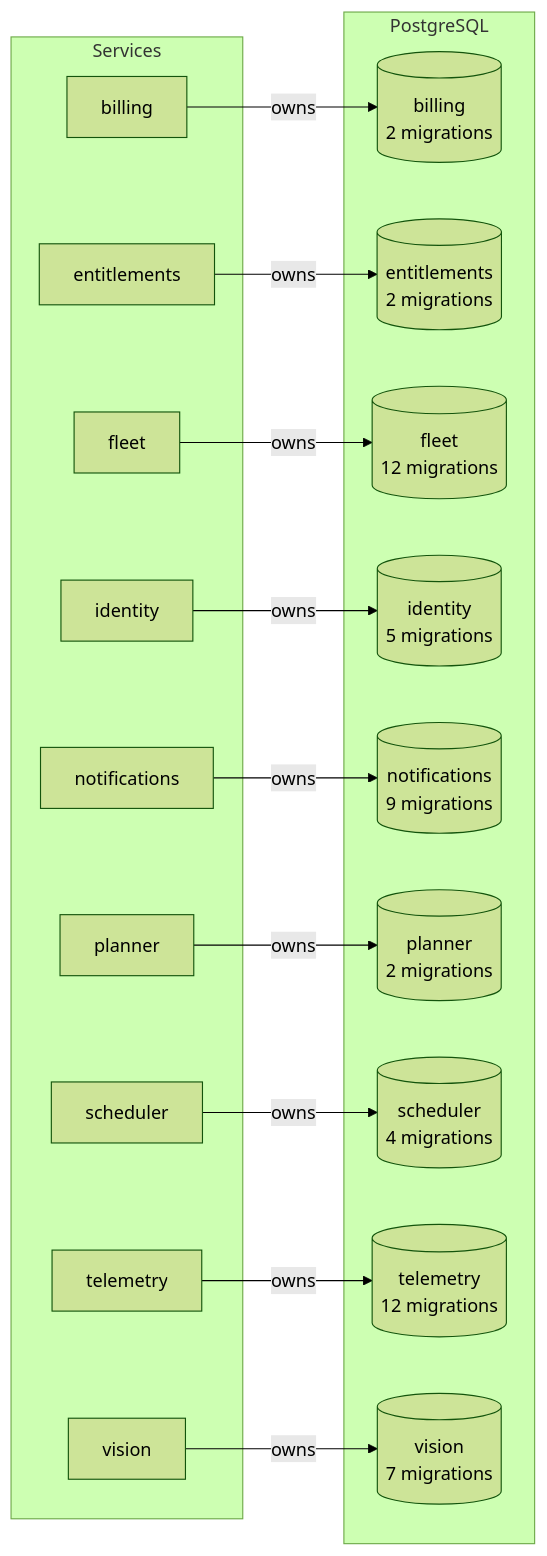
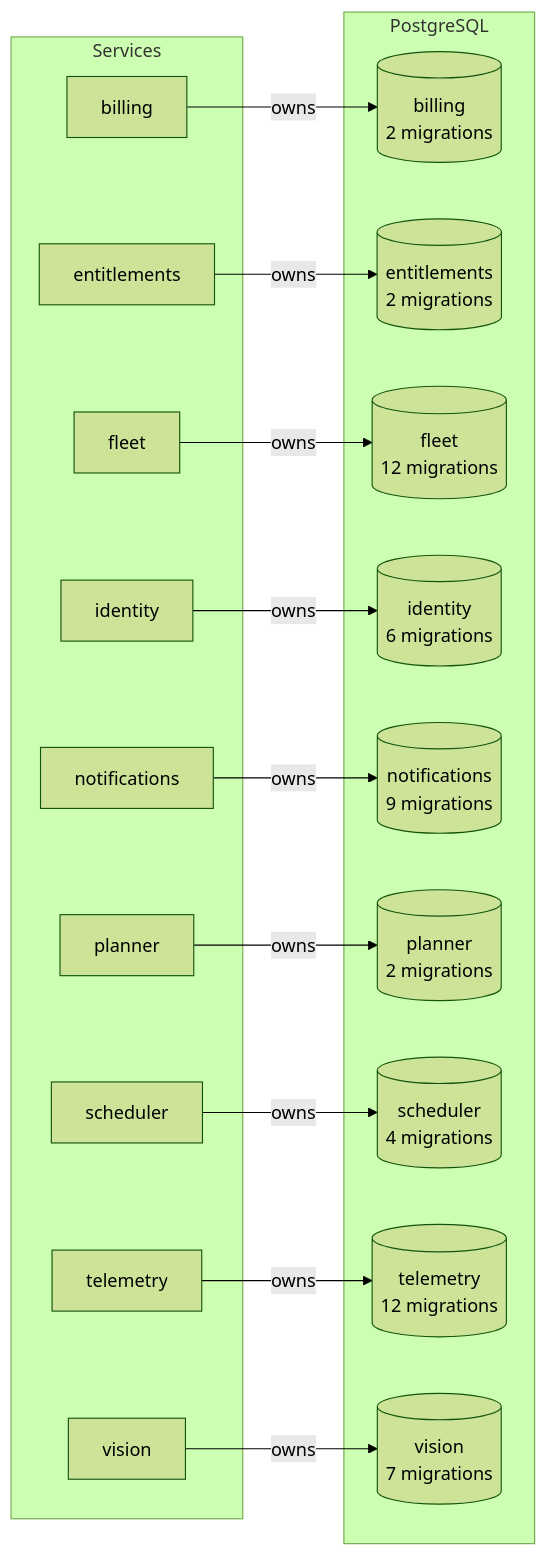
Before and after one commit to lukislp/mowdeck: diagram 15 of 15 in docs/architecture/generated.md, drawn with Mermaid (forest theme). The commit also changed other lines of this file and 41 other files, not shown here.

````diff
--- a/docs/architecture/generated.md
+++ b/docs/architecture/generated.md
@@ -527,34 +527,34 @@
 ```mermaid
 flowchart LR
   subgraph apps[Services]
     billing["billing"]
     entitlements["entitlements"]
     fleet["fleet"]
     identity["identity"]
     notifications["notifications"]
     planner["planner"]
     scheduler["scheduler"]
     telemetry["telemetry"]
     vision["vision"]
   end
   subgraph pg[PostgreSQL]
     db_billing[("billing<br/>2 migrations")]
     db_entitlements[("entitlements<br/>2 migrations")]
     db_fleet[("fleet<br/>12 migrations")]
-    db_identity[("identity<br/>5 migrations")]
+    db_identity[("identity<br/>6 migrations")]
     db_notifications[("notifications<br/>9 migrations")]
     db_planner[("planner<br/>2 migrations")]
     db_scheduler[("scheduler<br/>4 migrations")]
     db_telemetry[("telemetry<br/>12 migrations")]
     db_vision[("vision<br/>7 migrations")]
   end
   billing -->|owns| db_billing
   entitlements -->|owns| db_entitlements
   fleet -->|owns| db_fleet
   identity -->|owns| db_identity
   notifications -->|owns| db_notifications
   planner -->|owns| db_planner
   scheduler -->|owns| db_scheduler
   telemetry -->|owns| db_telemetry
   vision -->|owns| db_vision
 ```
````
